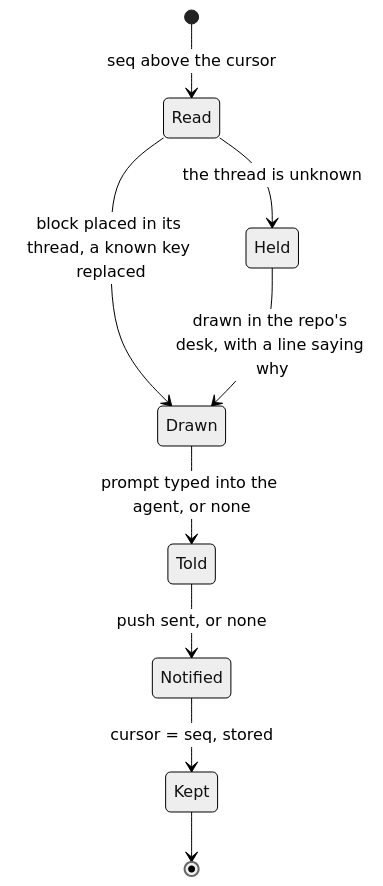
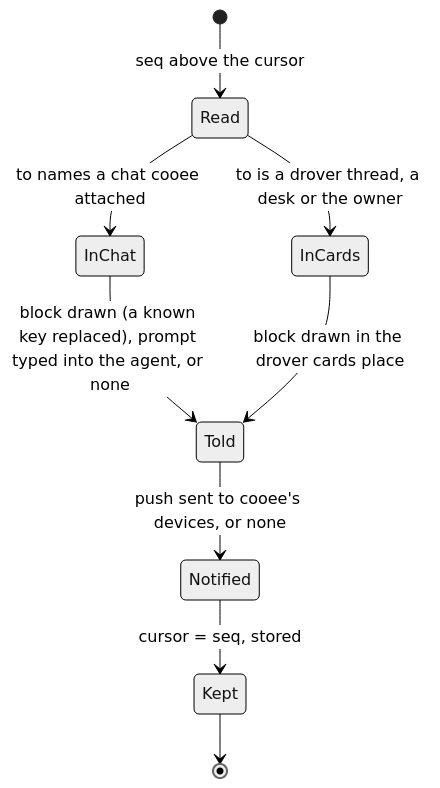
One commit to jirathip-dev/drover changed the fourth of 4 diagrams in docs/architecture/cooee-threads/boundaries.md. Above: the diagram before and after it, drawn with Mermaid (neutral theme). The commit also changed other lines of this file and 4 other files, not shown here.

Commit message:
architect: cooee's Orchestrator is a drover client, drover keeps its threads; two run paths, nothing moves (#1571)

````diff
--- a/docs/architecture/cooee-threads/boundaries.md
+++ b/docs/architecture/cooee-threads/boundaries.md
@@ -98,11 +94,11 @@
 ```mermaid
 stateDiagram-v2
     [*] --> Read: seq above the cursor
-    Read --> Drawn: block placed in its thread, a known key replaced
-    Drawn --> Told: prompt typed into the agent, or none
-    Told --> Notified: push sent, or none
+    Read --> InChat: to names a chat cooee attached
+    Read --> InCards: to is a drover thread, a desk or the owner
+    InChat --> Told: block drawn (a known key replaced), prompt typed into the agent, or none
+    InCards --> Told: block drawn in the drover cards place
+    Told --> Notified: push sent to cooee's devices, or none
     Notified --> Kept: cursor = seq, stored
     Kept --> [*]
-    Read --> Held: the thread is unknown
-    Held --> Drawn: drawn in the repo's desk, with a line saying why
 ```
````
